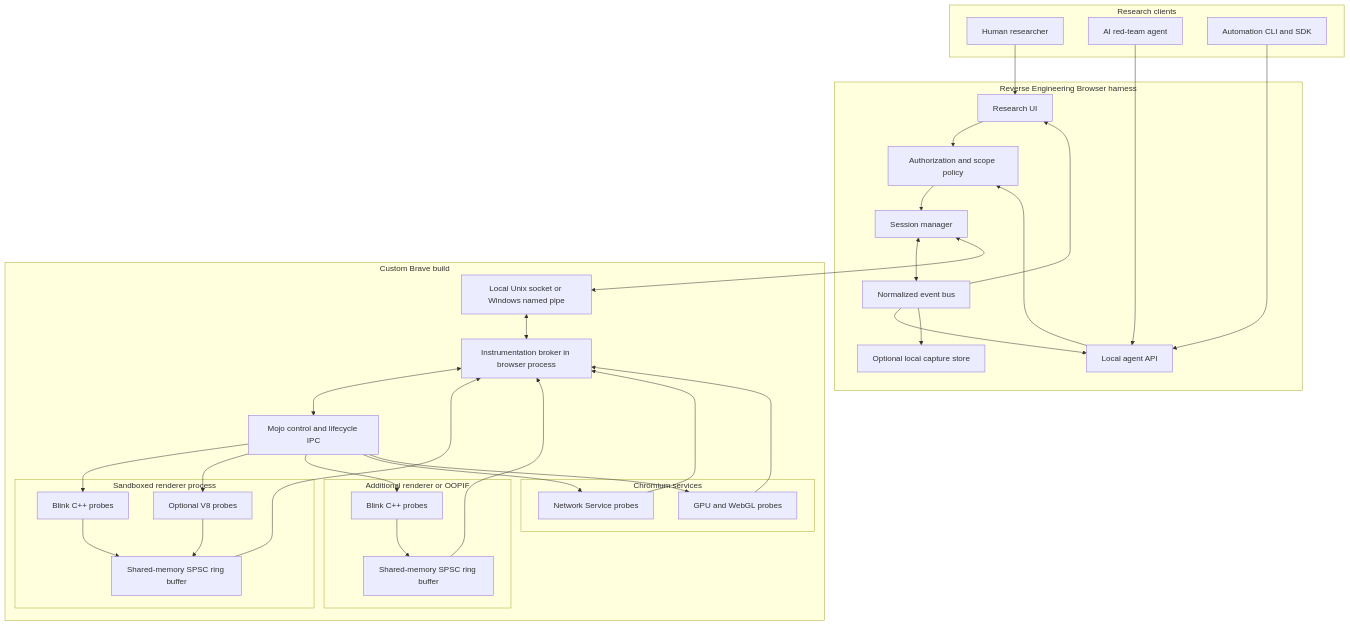
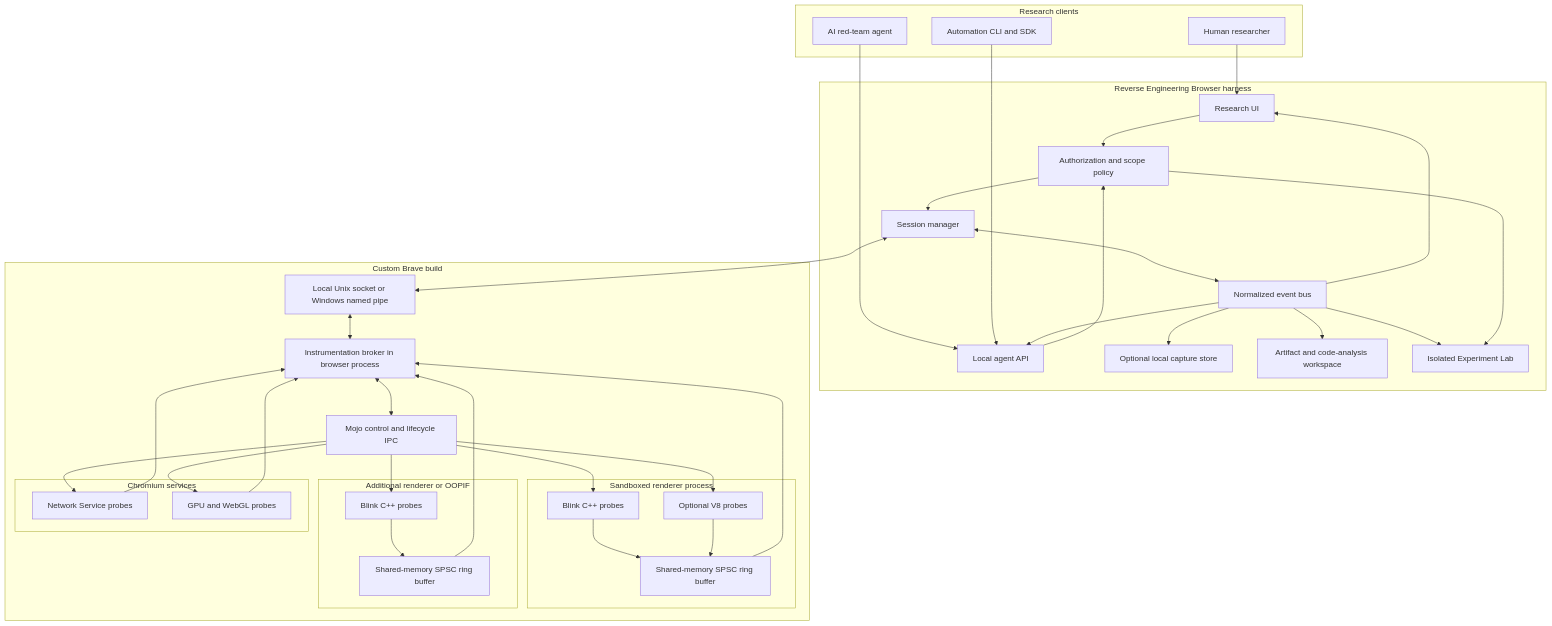
One commit to sunghoojung/reverse-engineering-browser changed the first of 6 diagrams in reverse-engineering-browser.md. Above: the diagram before and after it, drawn with Mermaid. The commit also changed other lines of this file and 1 other file, not shown here.

````diff
--- a/reverse-engineering-browser.md
+++ b/reverse-engineering-browser.md
@@ -19,69 +19,74 @@
 ```mermaid
 flowchart TB
     subgraph Clients["Research clients"]
         Human["Human researcher"]
         Agent["AI red-team agent"]
         CLI["Automation CLI and SDK"]
     end
 
     subgraph Harness["Reverse Engineering Browser harness"]
         API["Local agent API"]
         Policy["Authorization and scope policy"]
         Session["Session manager"]
         UI["Research UI"]
         EventBus["Normalized event bus"]
         Store["Optional local capture store"]
+        Artifacts["Artifact and code-analysis workspace"]
+        Lab["Isolated Experiment Lab"]
     end
 
     subgraph Brave["Custom Brave build"]
         Broker["Instrumentation broker in browser process"]
         Socket["Local Unix socket or Windows named pipe"]
 
         subgraph RendererA["Sandboxed renderer process"]
             BlinkA["Blink C++ probes"]
             V8A["Optional V8 probes"]
             RingA["Shared-memory SPSC ring buffer"]
         end
 
         subgraph RendererB["Additional renderer or OOPIF"]
             BlinkB["Blink C++ probes"]
             RingB["Shared-memory SPSC ring buffer"]
         end
 
         subgraph Services["Chromium services"]
             Network["Network Service probes"]
             GPU["GPU and WebGL probes"]
         end
 
         Mojo["Mojo control and lifecycle IPC"]
     end
 
     Human --> UI
     Agent --> API
     CLI --> API
     API --> Policy
     UI --> Policy
     Policy --> Session
     Session <--> EventBus
     EventBus --> UI
     EventBus --> API
     EventBus --> Store
+    EventBus --> Artifacts
+    EventBus --> Lab
+    Policy --> Lab
 
     Session <--> Socket
     Socket <--> Broker
     Broker <--> Mojo
 
     Mojo --> BlinkA
     Mojo --> V8A
     Mojo --> BlinkB
     Mojo --> Network
     Mojo --> GPU
 
     BlinkA --> RingA
     V8A --> RingA
     BlinkB --> RingB
     RingA --> Broker
     RingB --> Broker
     Network --> Broker
     GPU --> Broker
 ```
````
